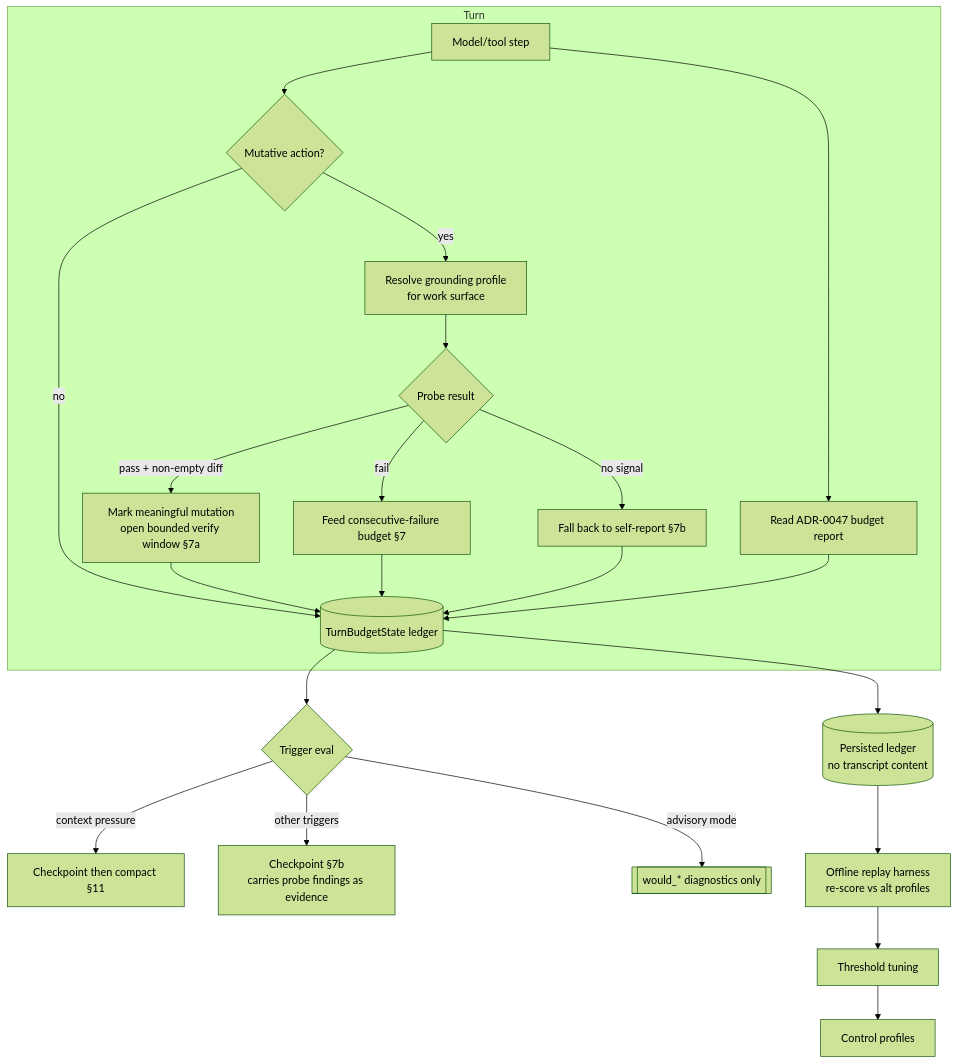
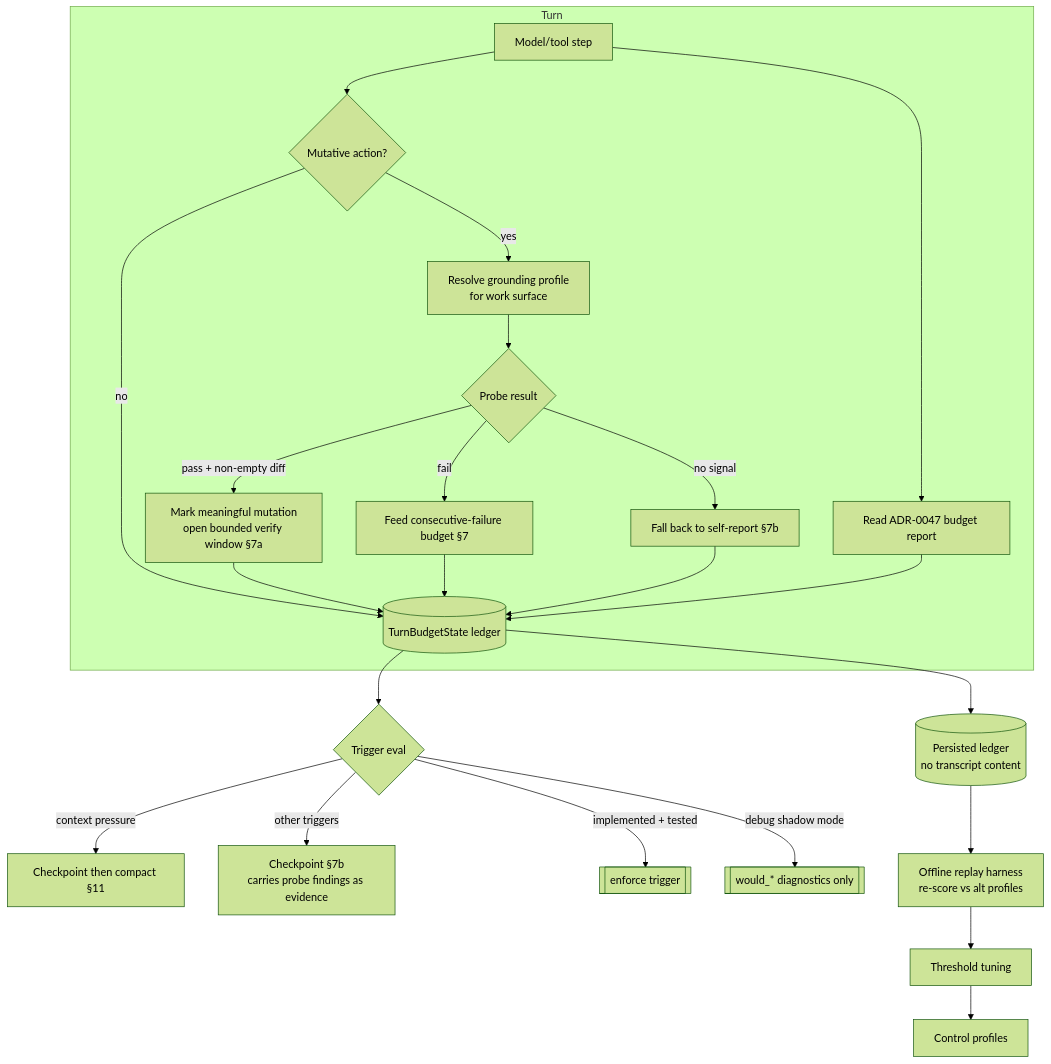
The diagram in docs/roadmap/AGENT_LOOP_CONTROL_GROUNDING_AND_TUNING_PLAN.md (TheArtificial/BEARS), drawn with Mermaid (forest theme) before and after one commit. The commit also changed other lines of this file and 37 other files, not shown here.

````diff
--- a/docs/roadmap/AGENT_LOOP_CONTROL_GROUNDING_AND_TUNING_PLAN.md
+++ b/docs/roadmap/AGENT_LOOP_CONTROL_GROUNDING_AND_TUNING_PLAN.md
@@ -40,27 +40,28 @@
 ```mermaid
 flowchart TD
     subgraph Turn
       Step[Model/tool step] --> Mut{Mutative action?}
       Mut -- yes --> Probe[Resolve grounding profile\nfor work surface]
       Probe --> PR{Probe result}
       PR -- pass + non-empty diff --> Meaningful[Mark meaningful mutation\nopen bounded verify window §7a]
       PR -- fail --> Fail[Feed consecutive-failure budget §7]
       PR -- no signal --> SelfReport[Fall back to self-report §7b]
       Mut -- no --> Ledger
       Meaningful --> Ledger
       Fail --> Ledger
       SelfReport --> Ledger
       Step --> Ctx[Read ADR-0047 budget report]
       Ctx --> Ledger[(TurnBudgetState ledger)]
     end
 
     Ledger --> Eval{Trigger eval}
     Eval -- context pressure --> CkC[Checkpoint then compact §11]
     Eval -- other triggers --> Ck[Checkpoint §7b\ncarries probe findings as evidence]
-    Eval -- advisory mode --> Diag[[would_* diagnostics only]]
+    Eval -- implemented + tested --> Enforce[[enforce trigger]]
+    Eval -- debug shadow mode --> Diag[[would_* diagnostics only]]
 
     Ledger --> Persist[(Persisted ledger\nno transcript content)]
     Persist --> Replay[Offline replay harness\nre-score vs alt profiles]
     Replay --> Tune[Threshold tuning]
     Tune --> Profiles[Control profiles]
 ```
````
